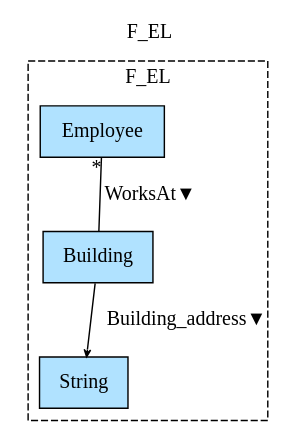
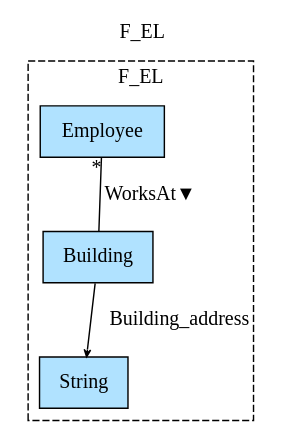
One commit to namalio/Fragmenta changed the diagram in Haskell/FragmentaTests/Job_Employee_Building/img/F_EL.gv. Above: the diagram before and after it, drawn with Graphviz. The commit also changed 25 other files, not shown here.

```diff
--- a/Haskell/FragmentaTests/Job_Employee_Building/img/F_EL.gv
+++ b/Haskell/FragmentaTests/Job_Employee_Building/img/F_EL.gv
@@ -1,11 +1,11 @@
 digraph {graph[label=F_EL,labelloc=tl,labelfontsize=12];
 subgraph cluster_F_EL{style=dashed;label=F_EL;
 "Employee"[shape=record,fillcolor=lightskyblue1,style = filled,label="Employee"];
 "Building"[shape=record,fillcolor=lightskyblue1,style = filled,label="Building"];
 "String"[shape=record,fillcolor=lightskyblue1,style = filled,label="String"];
 
 "Employee"->"Building"[label="WorksAt▼",dir=none,taillabel="*",headlabel=""];
-"Building"->"String"[label="Building_address▼",arrowhead=vee,headlabel="",arrowsize=.5];
+"Building"->"String"[label="Building_address",arrowhead=vee,headlabel="",arrowsize=.5];
 
 }
 }
```
